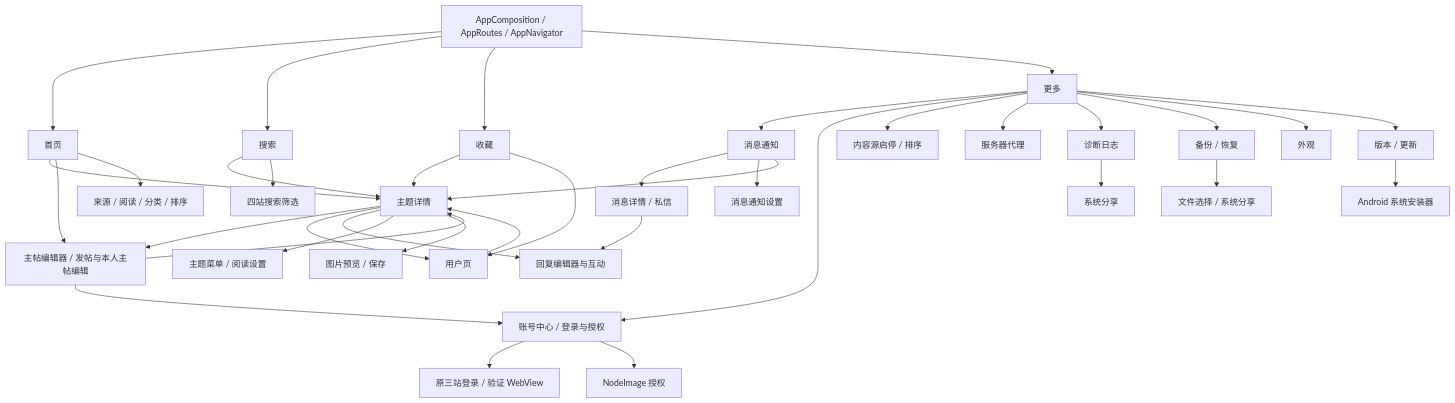
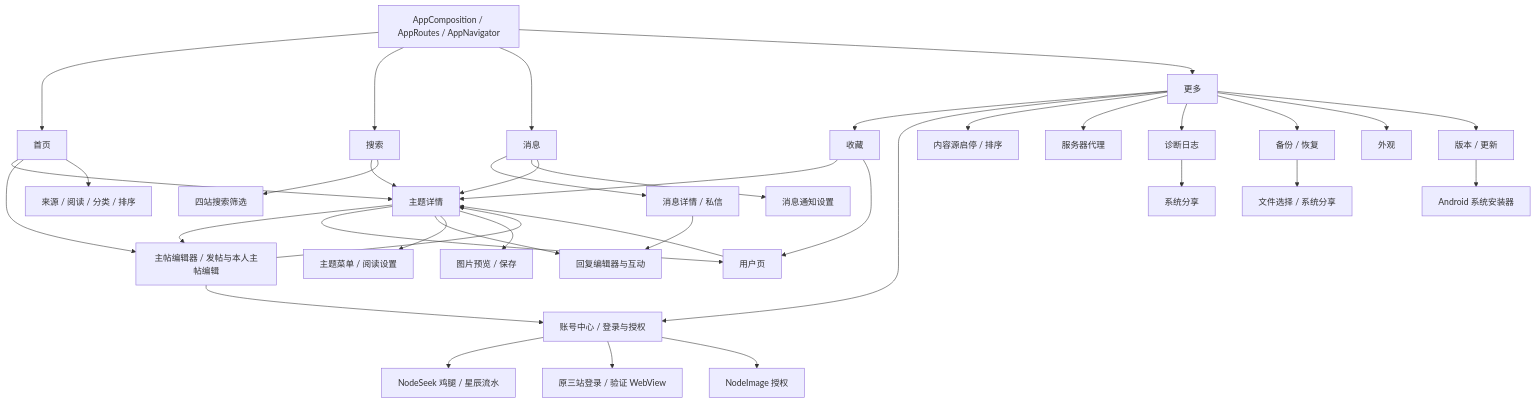
Before and after one commit to everythink98/wz-android: the diagram in docs/product-map.md, drawn with Mermaid. The commit also changed other lines of this file and 267 other files, not shown here.

````diff
--- a/docs/product-map.md
+++ b/docs/product-map.md
@@ -29,39 +29,40 @@
 ```mermaid
 flowchart TD
   APP["AppComposition / AppRoutes / AppNavigator"] --> FEED["首页"]
   APP --> SEARCH["搜索"]
-  APP --> LIBRARY["收藏"]
+  APP --> MESSAGES["消息"]
   APP --> MORE["更多"]
+  MORE --> LIBRARY["收藏"]
   FEED --> TOPIC["主题详情"]
   FEED --> CREATE_TOPIC["主帖编辑器 / 发帖与本人主帖编辑"]
   TOPIC --> CREATE_TOPIC
   CREATE_TOPIC --> TOPIC
   CREATE_TOPIC --> ACCOUNT
   FEED --> FEED_FILTER["来源 / 阅读 / 分类 / 排序"]
   SEARCH --> TOPIC
   SEARCH --> SEARCH_FILTER["四站搜索筛选"]
   LIBRARY --> TOPIC
   TOPIC --> USER["用户页"]
   USER --> TOPIC
   LIBRARY --> USER
   TOPIC --> COMPOSER["回复编辑器与互动"]
   TOPIC --> TOPIC_MENU["主题菜单 / 阅读设置"]
   TOPIC --> IMAGE["图片预览 / 保存"]
-  MORE --> MESSAGES["消息通知"]
   MESSAGES --> MESSAGE_DETAIL["消息详情 / 私信"]
   MESSAGES --> MESSAGE_SETTINGS["消息通知设置"]
   MESSAGES --> TOPIC
   MESSAGE_DETAIL --> COMPOSER
   MORE --> ACCOUNT["账号中心 / 登录与授权"]
+  ACCOUNT --> CREDITS["NodeSeek 鸡腿 / 星辰流水"]
   MORE --> SOURCES["内容源启停 / 排序"]
   ACCOUNT --> VERIFY["原三站登录 / 验证 WebView"]
   ACCOUNT --> NODEIMAGE["NodeImage 授权"]
   MORE --> PROXY["服务器代理"]
   MORE --> DIAG["诊断日志"]
   MORE --> BACKUP["备份 / 恢复"]
   MORE --> APPEARANCE["外观"]
   MORE --> UPDATE["版本 / 更新"]
   DIAG --> SHARE["系统分享"]
   BACKUP --> FILE_PICKER["文件选择 / 系统分享"]
   UPDATE --> INSTALLER["Android 系统安装器"]
 ```
````
